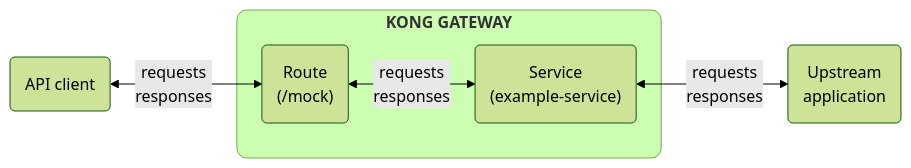
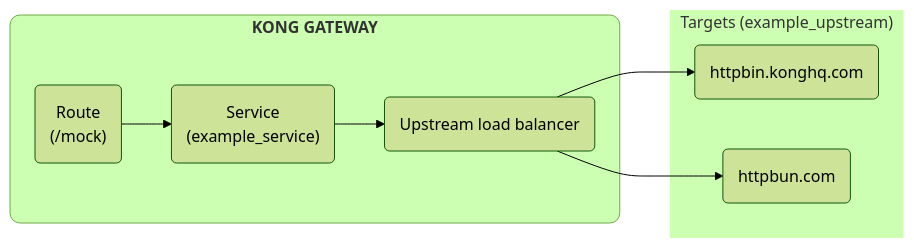
Before and after one commit to Kong/developer.konghq.com: the diagram in app/_gateway_entities/upstream.md, drawn with Mermaid (forest theme). The commit also changed other lines of this file, not shown here.

Commit message:
Apply Lena's feedback to Upstream entity page

```diff
--- a/app/_gateway_entities/upstream.md
+++ b/app/_gateway_entities/upstream.md
@@ -56,23 +58,21 @@
 {% mermaid %}
 flowchart LR
-  A(API client)
-  B("`Route 
+  A("`Route 
   (/mock)`")
-  C("`Service
-  (example-service)`")
-  D(Upstream 
-  application)
-  
-  A <--requests
-  responses--> B
-  subgraph id1 ["`
-  **KONG GATEWAY**`"]
-    B <--requests
-    responses--> C
+  B("`Service
+  (example_service)`")
+  C(Upstream load balancer)
+  D(httpbin.konghq.com)
+  E(httpbun.com)
+
+  subgraph id1 ["`**KONG GATEWAY**`"]
+    A --> B --> C
   end
-  C <--requests
-  responses--> D
+
+  subgraph id2 ["`Targets (example_upstream)`"]
+    C --> D & E
+  end
 
   style id1 rx:10,ry:10
-  
+  style id2 stroke:none
 {% endmermaid %}
```
